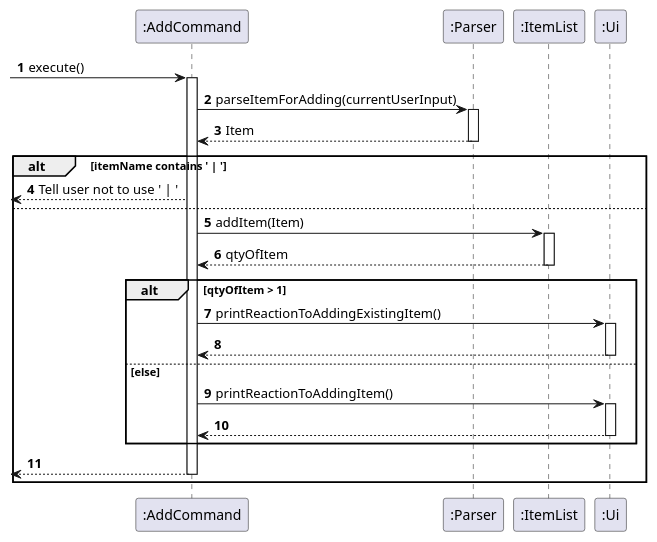
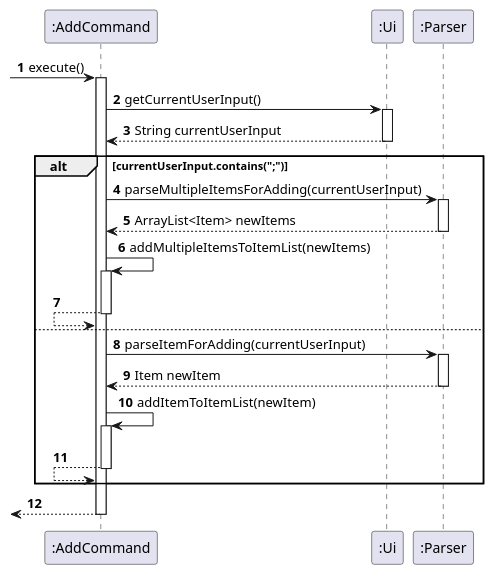
Before and after one commit to uosjapuelks/tp: the diagram in docs/pumlFiles/AddSequence.puml, drawn with PlantUML. The commit also changed 9 other files, not shown here.

```diff
--- a/docs/pumlFiles/AddSequence.puml
+++ b/docs/pumlFiles/AddSequence.puml
@@ -1,46 +1,44 @@
 @startuml
 'https://plantuml.com/sequence-diagram
 
 autonumber
 
 -> ":AddCommand": execute()
 activate ":AddCommand"
 
-":AddCommand" -> ":Parser": parseItemForAdding(currentUserInput)
+":AddCommand" -> ":Ui": getCurrentUserInput()
+activate ":Ui"
+":AddCommand" <-- ":Ui": String currentUserInput
+deactivate ":Ui"
+
+alt currentUserInput.contains(";")
+
+":AddCommand" -> ":Parser": parseMultipleItemsForAdding(currentUserInput)
 activate ":Parser"
-":AddCommand" <-- ":Parser": Item
+":AddCommand" <-- ":Parser": ArrayList<Item> newItems
 deactivate ":Parser"
 
-alt itemName contains ' | '
+":AddCommand" -> ":AddCommand": addMultipleItemsToItemList(newItems)
+activate ":AddCommand"
+":AddCommand" <-- ":AddCommand"
+deactivate ":AddCommand"
 
-    <-- ":AddCommand": Tell user not to use ' | '
 
 else
 
-    ":AddCommand" -> ":ItemList": addItem(Item)
-    activate ":ItemList"
+":AddCommand" -> ":Parser": parseItemForAdding(currentUserInput)
+activate ":Parser"
+":AddCommand" <-- ":Parser": Item newItem
+deactivate ":Parser"
 
-    ":AddCommand" <-- ":ItemList": qtyOfItem
-    deactivate ":ItemList"
+":AddCommand" -> ":AddCommand": addItemToItemList(newItem)
+activate ":AddCommand"
+":AddCommand" <-- ":AddCommand"
+deactivate ":AddCommand"
 
-    alt qtyOfItem > 1
-
-        ":AddCommand" -> ":Ui": printReactionToAddingExistingItem()
-        activate ":Ui"
-        ":AddCommand" <-- ":Ui"
-        deactivate ":Ui"
-
-    else else
-        ":AddCommand" -> ":Ui": printReactionToAddingItem()
-        activate ":Ui"
-        ":AddCommand" <-- ":Ui"
-        deactivate ":Ui"
-
-    end
-
-    <-- ":AddCommand"
-    deactivate ":AddCommand"
 end
 
+<-- ":AddCommand"
+deactivate ":AddCommand"
 
 @enduml
```
